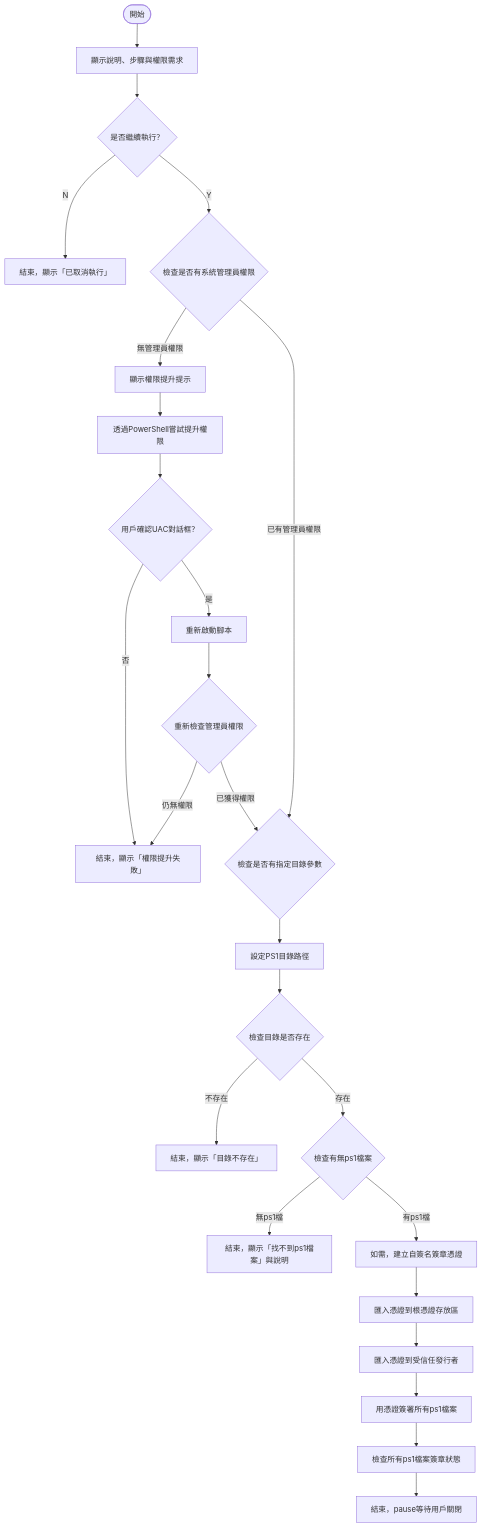
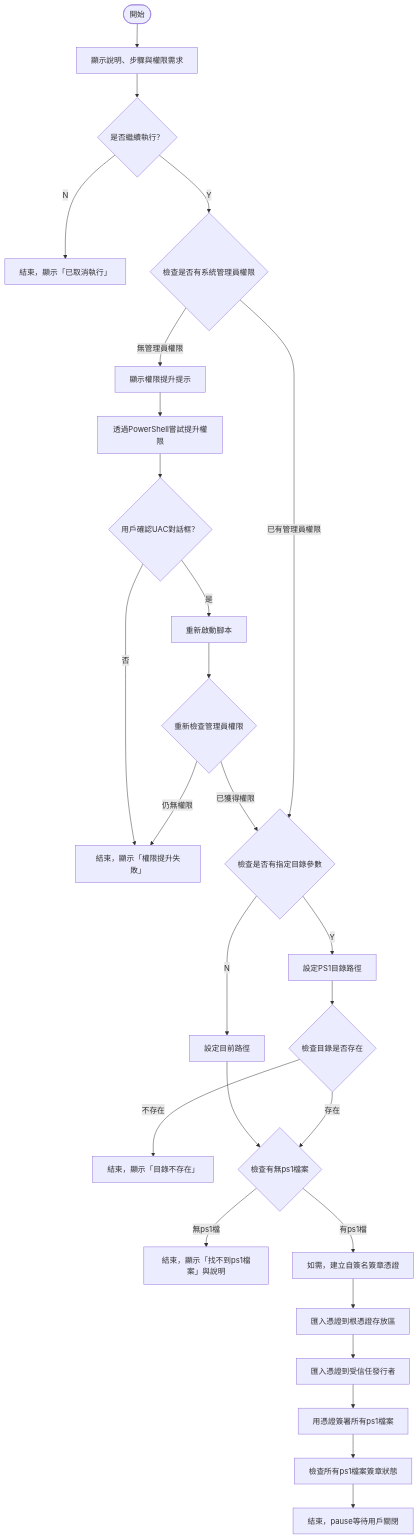
Before and after one commit to FanG198202/batch-dev: the diagram in bat4powershell/sign_ps1_files_flowchart.md, drawn with Mermaid.

````diff
--- a/bat4powershell/sign_ps1_files_flowchart.md
+++ b/bat4powershell/sign_ps1_files_flowchart.md
@@ -1,49 +1,53 @@
 ```mermaid
 flowchart TD
     Start([開始])
     Desc[顯示說明、步驟與權限需求]
     UserInput{是否繼續執行？}
     Cancel[結束，顯示「已取消執行」]
     
     CheckAdmin{檢查是否有系統管理員權限}
     ShowPrompt[顯示權限提升提示]
     Elevate[透過PowerShell嘗試提升權限]
     UACConfirm{用戶確認UAC對話框？}
     Restart[重新啟動腳本]
     CheckAdmin2{重新檢查管理員權限}
     ElevateFail[結束，顯示「權限提升失敗」]
     
     ParamCheck{檢查是否有指定目錄參數}
     SetDir[設定PS1目錄路徑]
+    SetCurDir[設定目前路徑]
     CheckDir{檢查目錄是否存在}
     ErrNoDir[結束，顯示「目錄不存在」]
     CheckPs1{檢查有無ps1檔案}
     ErrNoPs1[結束，顯示「找不到ps1檔案」與說明]
     MakeCert[如需，建立自簽名簽章憑證]
     ImportRoot[匯入憑證到根憑證存放區]
     ImportPublisher[匯入憑證到受信任發行者]
     SignFiles[用憑證簽署所有ps1檔案]
     CheckSign[檢查所有ps1檔案簽章狀態]
     Done[結束，pause等待用戶關閉]
 
     Start --> Desc --> UserInput
     UserInput -- N --> Cancel
     UserInput -- Y --> CheckAdmin
-    
+
     CheckAdmin -- 無管理員權限 --> ShowPrompt --> Elevate --> UACConfirm
     UACConfirm -- 是 --> Restart --> CheckAdmin2
     UACConfirm -- 否 --> ElevateFail
-    
+
     CheckAdmin2 -- 仍無權限 --> ElevateFail
     CheckAdmin2 -- 已獲得權限 --> ParamCheck
-    
+
     CheckAdmin -- 已有管理員權限 --> ParamCheck
-    
-    ParamCheck --> SetDir
-    SetDir --> CheckDir
+
+    ParamCheck -- Y --> SetDir --> CheckDir
+    ParamCheck -- N --> SetCurDir --> CheckPs1
+
     CheckDir -- 不存在 --> ErrNoDir
     CheckDir -- 存在 --> CheckPs1
+
     CheckPs1 -- 無ps1檔 --> ErrNoPs1
     CheckPs1 -- 有ps1檔 --> MakeCert
+
     MakeCert --> ImportRoot --> ImportPublisher --> SignFiles --> CheckSign --> Done
 ```
````
